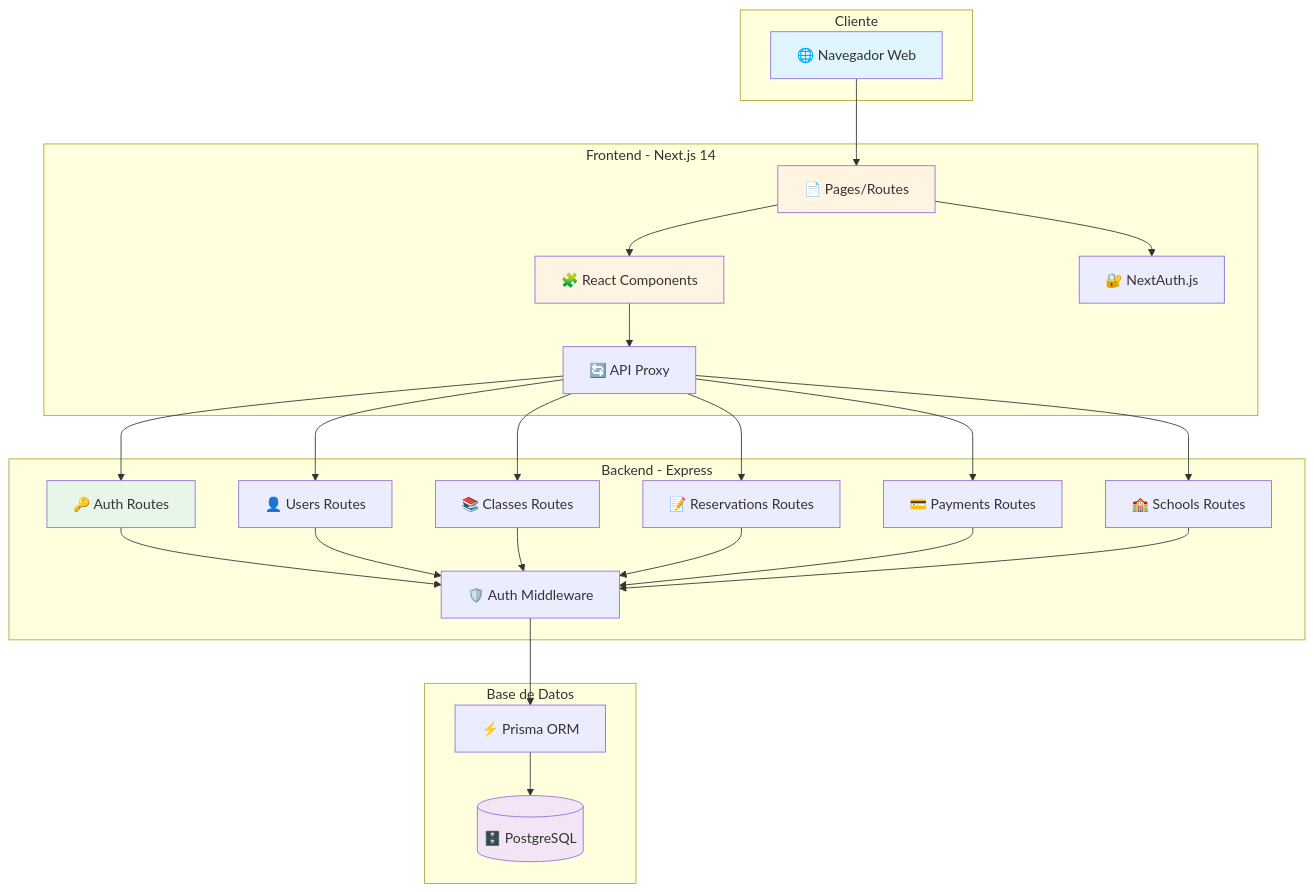
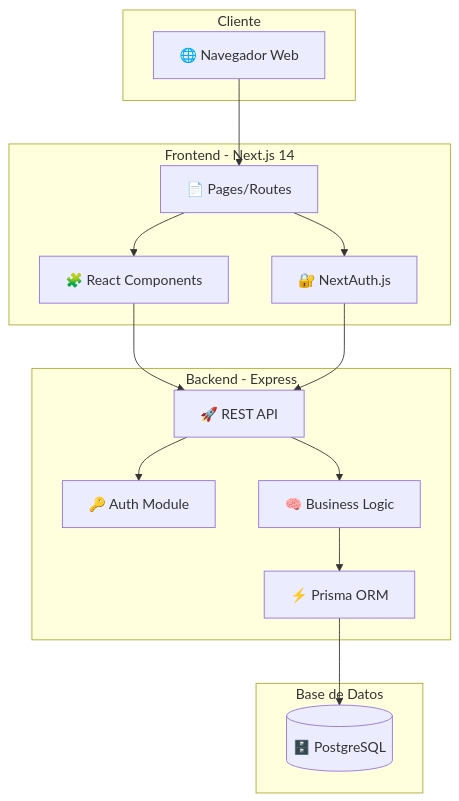
The diagram in README.md (ReservacionDirecta/clasedesurf.com), drawn with Mermaid before and after one commit. The commit also changed other lines of this file and 55 other files, not shown here.

Commit message:
feat: Implement core class and reservation management, user authentication, and soft delete functionality for classes across frontend and backend."

````diff
--- a/README.md
+++ b/README.md
@@ -46,55 +58,34 @@
 ```mermaid
 graph TB
     subgraph "Cliente"
         Browser[🌐 Navegador Web]
     end
     
     subgraph "Frontend - Next.js 14"
         Pages[📄 Pages/Routes]
         Components[🧩 React Components]
         NextAuth[🔐 NextAuth.js]
-        API_Proxy[🔄 API Proxy]
     end
     
     subgraph "Backend - Express"
-        Auth[🔑 Auth Routes]
-        Users[👤 Users Routes]
-        Classes[📚 Classes Routes]
-        Reservations[📝 Reservations Routes]
-        Payments[💳 Payments Routes]
-        Schools[🏫 Schools Routes]
-        Middleware[🛡️ Auth Middleware]
+        API[🚀 REST API]
+        Auth[🔑 Auth Module]
+        Core[🧠 Business Logic]
+        Prisma[⚡ Prisma ORM]
     end
     
     subgraph "Base de Datos"
-        Prisma[⚡ Prisma ORM]
         PostgreSQL[(🗄️ PostgreSQL)]
     end
     
     Browser --> Pages
     Pages --> Components
     Pages --> NextAuth
-    Components --> API_Proxy
-    API_Proxy --> Auth
-    API_Proxy --> Users
-    API_Proxy --> Classes
-    API_Proxy --> Reservations
-    API_Proxy --> Payments
-    API_Proxy --> Schools
+    Components --> API
+    NextAuth --> API
     
-    Auth --> Middleware
-    Users --> Middleware
-    Classes --> Middleware
-    Reservations --> Middleware
-    Payments --> Middleware
-    Schools --> Middleware
-    
-    Middleware --> Prisma
+    API --> Auth
+    API --> Core
+    Core --> Prisma
     Prisma --> PostgreSQL
-    
-    style Browser fill:#e1f5ff
-    style Pages fill:#fff4e1
-    style Components fill:#fff4e1
-    style Auth fill:#e8f5e9
-    style PostgreSQL fill:#f3e5f5
 ```
````
